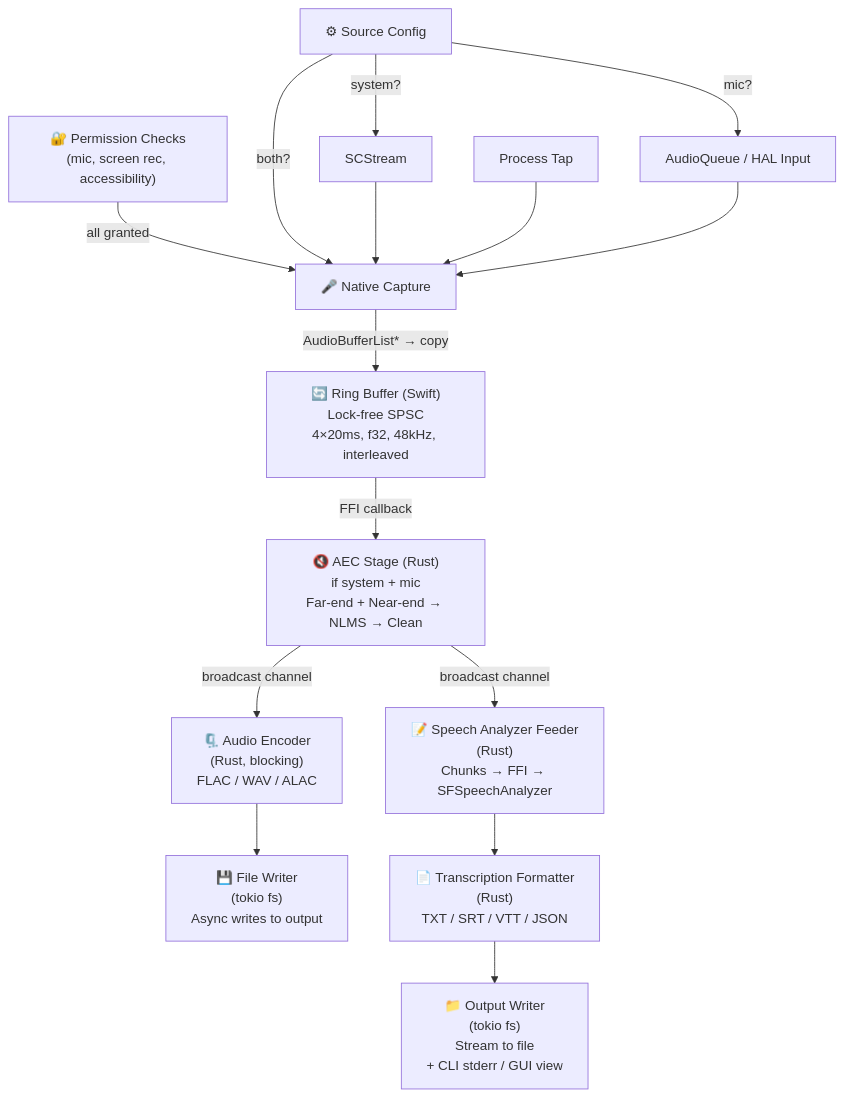
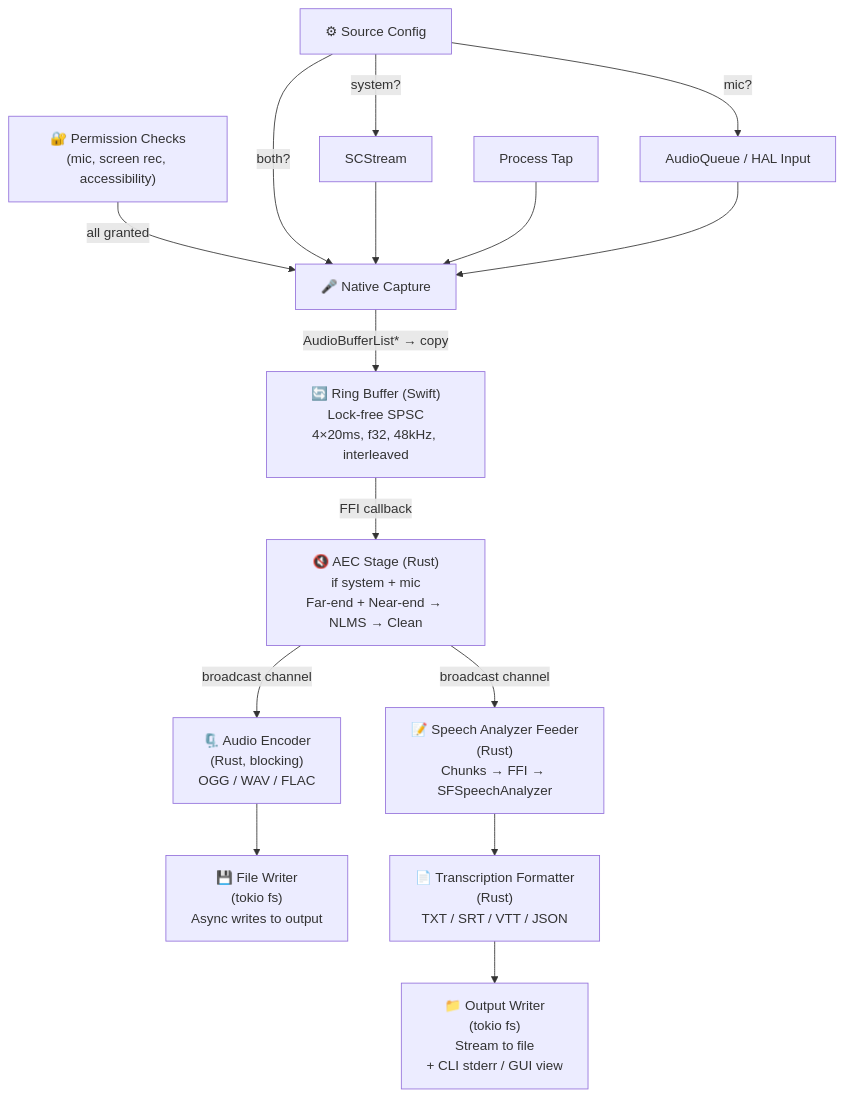
One commit to mokmok-dev/koe changed the first of 3 diagrams in docs/spec/10-recording-pipeline.md. Above: the diagram before and after it, drawn with Mermaid. The commit also changed other lines of this file and 6 other files, not shown here.

First line of the commit message:
docs: switch default audio format from FLAC to OGG Vorbis

````diff
--- a/docs/spec/10-recording-pipeline.md
+++ b/docs/spec/10-recording-pipeline.md
@@ -13,31 +13,31 @@
 ```mermaid
 flowchart TD
     PERM["🔐 Permission Checks<br/>(mic, screen rec, accessibility)"]
     CONFIG["⚙ Source Config"]
     CAPTURE["🎤 Native Capture"]
     SCK["SCStream"]
     TAP["Process Tap"]
     HAL["AudioQueue / HAL Input"]
     RING["🔄 Ring Buffer (Swift)<br/>Lock-free SPSC<br/>4×20ms, f32, 48kHz, interleaved"]
     AEC["🔇 AEC Stage (Rust)<br/>if system + mic<br/>Far-end + Near-end → NLMS → Clean"]
-    ENC["🗜️ Audio Encoder<br/>(Rust, blocking)<br/>FLAC / WAV / ALAC"]
+    ENC["🗜️ Audio Encoder<br/>(Rust, blocking)<br/>OGG / WAV / FLAC"]
     ASR["📝 Speech Analyzer Feeder<br/>(Rust)<br/>Chunks → FFI → SFSpeechAnalyzer"]
     DISK["💾 File Writer<br/>(tokio fs)<br/>Async writes to output"]
     FMT["📄 Transcription Formatter<br/>(Rust)<br/>TXT / SRT / VTT / JSON"]
     OUT["📁 Output Writer<br/>(tokio fs)<br/>Stream to file<br/>+ CLI stderr / GUI view"]
 
     PERM -->|"all granted"| CAPTURE
     CONFIG -->|"system?"| SCK
     CONFIG -->|"mic?"| HAL
     CONFIG -->|"both?"| CAPTURE
     SCK --> CAPTURE
     TAP --> CAPTURE
     HAL --> CAPTURE
     CAPTURE -->|"AudioBufferList* → copy"| RING
     RING -->|"FFI callback"| AEC
     AEC -->|"broadcast channel"| ENC
     AEC -->|"broadcast channel"| ASR
     ENC --> DISK
     ASR --> FMT
     FMT --> OUT
 ```
````
